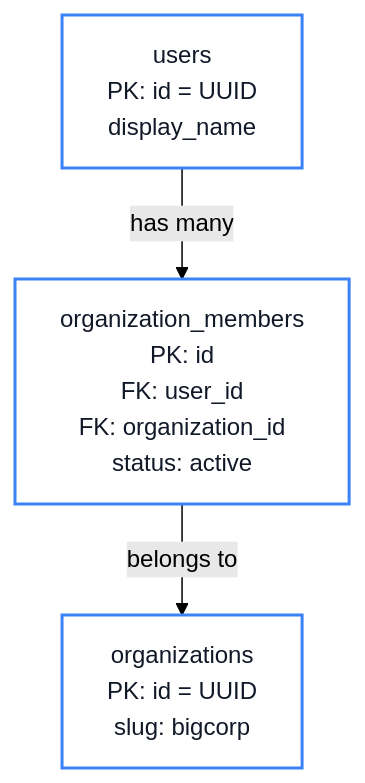
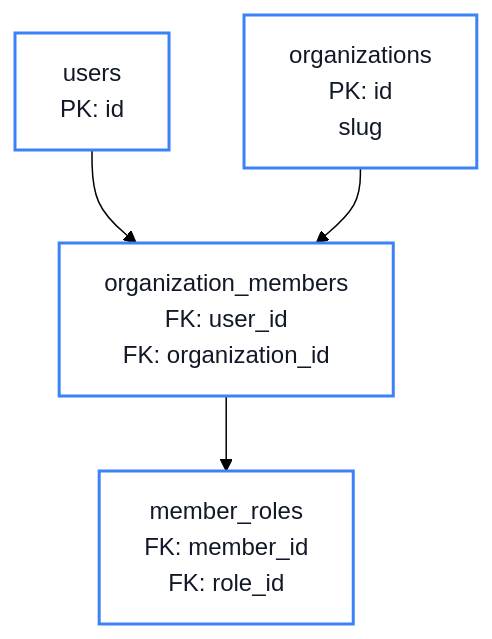
Before and after one commit to theparitt/rooiam: the diagram in rooiam-book/chapter-05-multi-tenant-organizations.md, drawn with Mermaid (forest theme). The commit also changed other lines of this file and 68 other files, not shown here.

````diff
--- a/rooiam-book/chapter-05-multi-tenant-organizations.md
+++ b/rooiam-book/chapter-05-multi-tenant-organizations.md
@@ -44,12 +9,12 @@
 ```mermaid
 flowchart TD
-    users["users<br/>PK: id = UUID<br/>display_name"]
-    members["organization_members<br/>PK: id<br/>FK: user_id<br/>FK: organization_id<br/>status: active"]
-    orgs["organizations<br/>PK: id = UUID<br/>slug: bigcorp"]
-
-    users -->|has many| members
-    members -->|belongs to| orgs
-
+    users["users<br/>PK: id"]
+    orgs["organizations<br/>PK: id<br/>slug"]
+    members["organization_members<br/>FK: user_id<br/>FK: organization_id"]
+    assignments["member_roles<br/>FK: member_id<br/>FK: role_id"]
+    users --> members
+    orgs --> members
+    members --> assignments
     classDef table fill:#ffffff,stroke:#3b82f6,stroke-width:2px,color:#111827;
-    class users,members,orgs table;
+    class users,orgs,members,assignments table;
 ```
````
